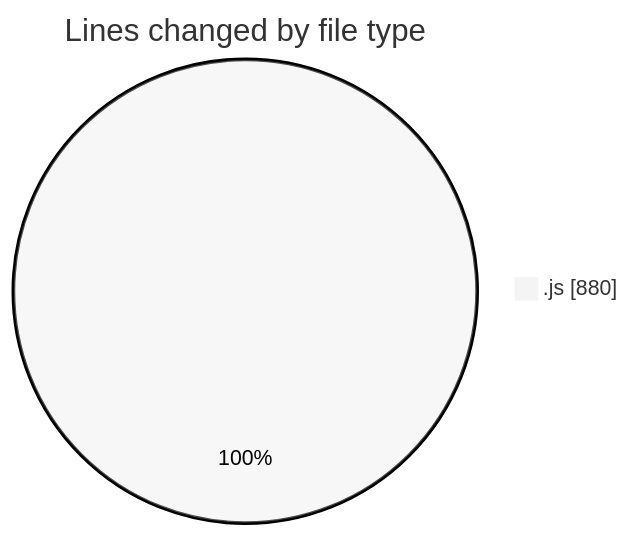
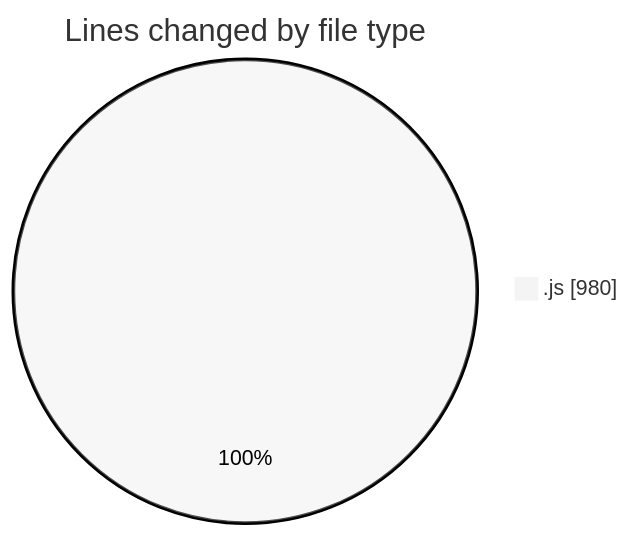
One commit to becaeroporto-bot/code-tracking changed the first of 2 diagrams in 2026-02-20/bot_i_a/README.md. Above: the diagram before and after it, drawn with Mermaid (neutral theme). The commit also changed other lines of this file and 1 other file, not shown here.

````diff
--- a/2026-02-20/bot_i_a/README.md
+++ b/2026-02-20/bot_i_a/README.md
@@ -28,5 +29,5 @@
 ```mermaid
 pie showData
 title Lines changed by file type
-".js" : 880
+".js" : 980
 ```
````
